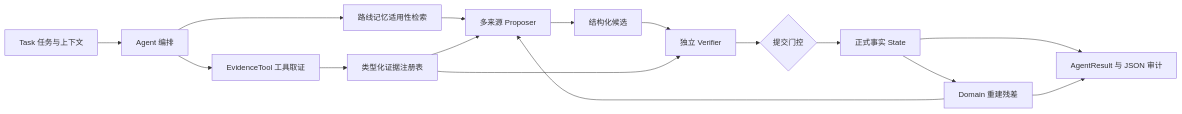
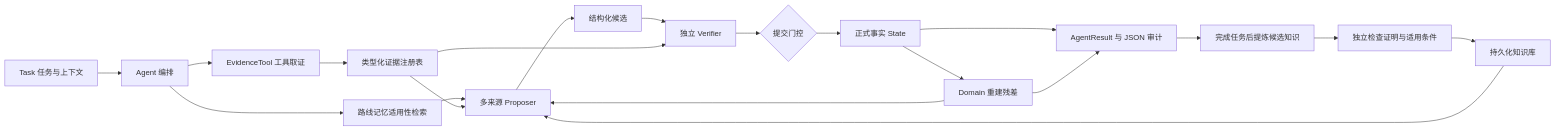
The diagram in docs/architecture.md (1105216375-alt/resimind), drawn with Mermaid before and after one commit. The commit also changed other lines of this file and 21 other files, not shown here.

````diff
--- a/docs/architecture.md
+++ b/docs/architecture.md
@@ -7,18 +9,22 @@
 ```mermaid
 flowchart LR
     T[Task 任务与上下文] --> A[Agent 编排]
     A --> ET[EvidenceTool 工具取证]
     ET --> E[类型化证据注册表]
     A --> M[路线记忆适用性检索]
     M --> P[多来源 Proposer]
     E --> P
     P --> C[结构化候选]
     C --> V[独立 Verifier]
     E --> V
     V --> G{提交门控}
     G --> S[正式事实 State]
     S --> D[Domain 重建残差]
     D --> P
     S --> O[AgentResult 与 JSON 审计]
     D --> O
+    O --> K[完成任务后提炼候选知识]
+    K --> KV[独立检查证明与适用条件]
+    KV --> KL[持久化知识库]
+    KL --> P
 ```
````
